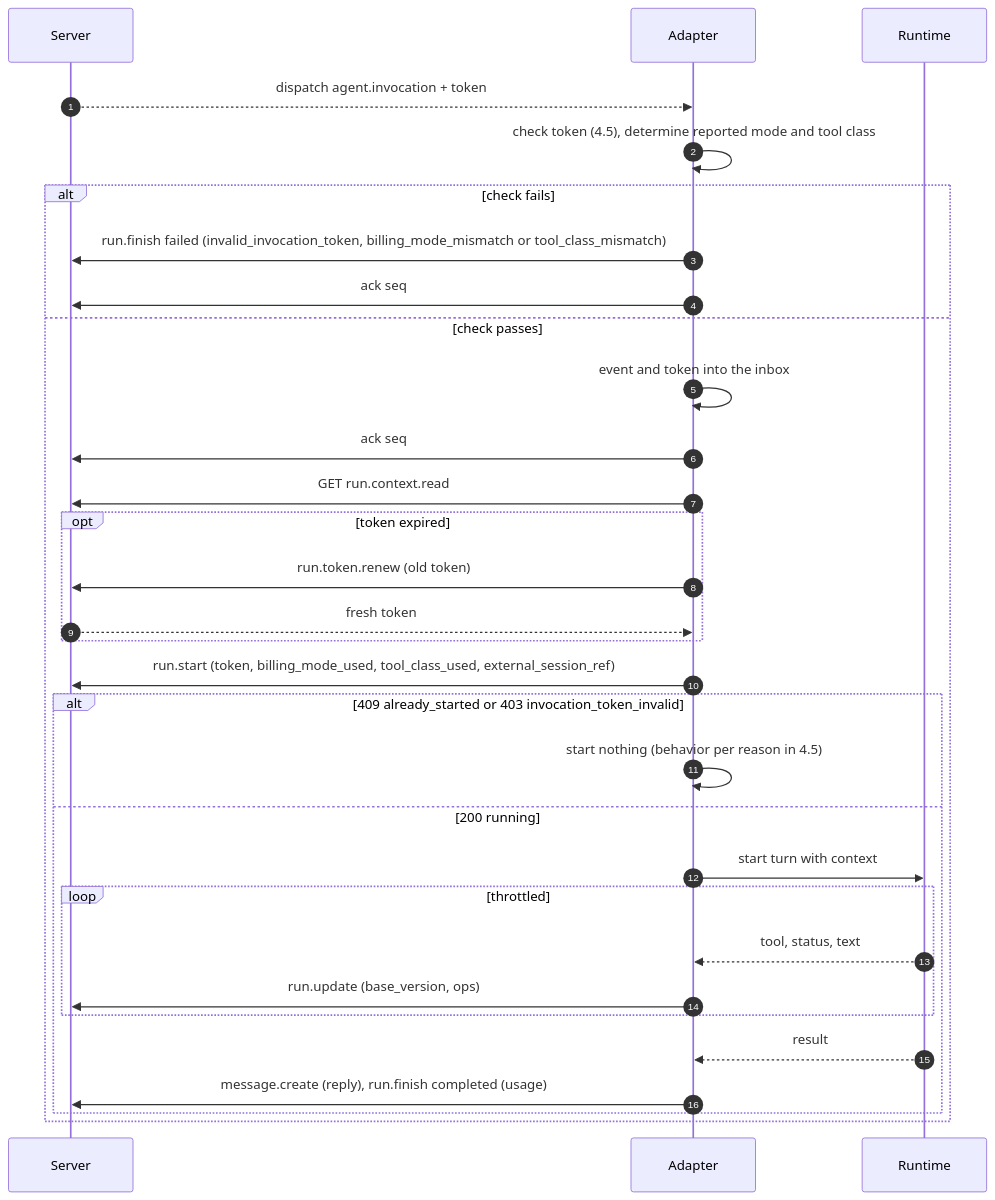
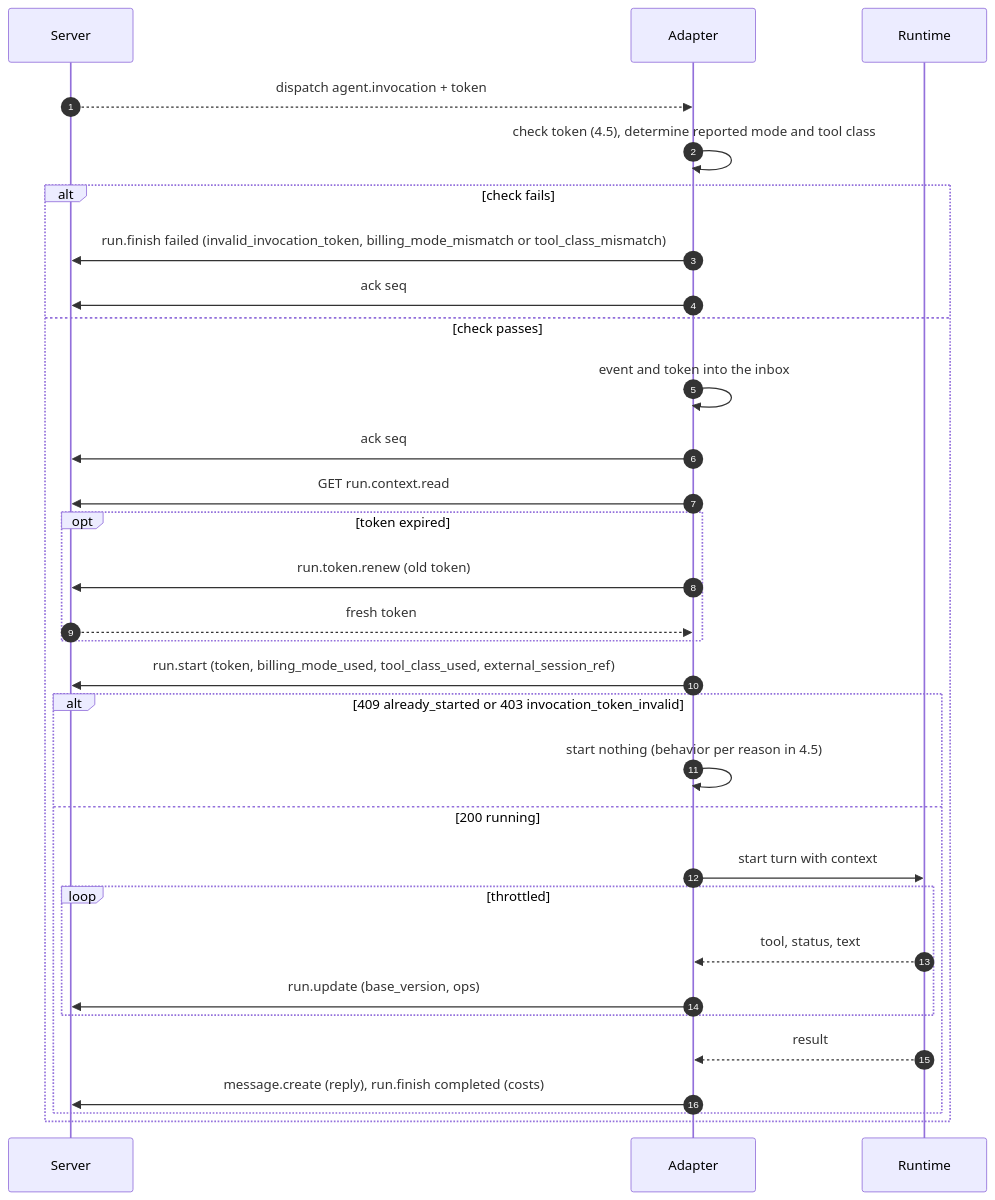
One commit to mguttmann/bothy changed the second of 7 diagrams in docs/spec/09-agents.md. Above: the diagram before and after it, drawn with Mermaid. The commit also changed other lines of this file and 176 other files, not shown here.

First line of the commit message:
feat(billing): book run costs, price table and thread costs (M2-22) (#311)

````diff
--- a/docs/spec/09-agents.md
+++ b/docs/spec/09-agents.md
@@ -693,33 +693,33 @@
 ```mermaid
 sequenceDiagram
     autonumber
     participant S as Server
     participant A as Adapter
     participant L as Runtime
     S-->>A: dispatch agent.invocation + token
     A->>A: check token (4.5), determine reported mode and tool class
     alt check fails
         A->>S: run.finish failed (invalid_invocation_token, billing_mode_mismatch or tool_class_mismatch)
         A->>S: ack seq
     else check passes
         A->>A: event and token into the inbox
         A->>S: ack seq
         A->>S: GET run.context.read
         opt token expired
             A->>S: run.token.renew (old token)
             S-->>A: fresh token
         end
         A->>S: run.start (token, billing_mode_used, tool_class_used, external_session_ref)
         alt 409 already_started or 403 invocation_token_invalid
             A->>A: start nothing (behavior per reason in 4.5)
         else 200 running
             A->>L: start turn with context
             loop throttled
                 L-->>A: tool, status, text
                 A->>S: run.update (base_version, ops)
             end
             L-->>A: result
-            A->>S: message.create (reply), run.finish completed (usage)
+            A->>S: message.create (reply), run.finish completed (costs)
         end
     end
 ```
````
